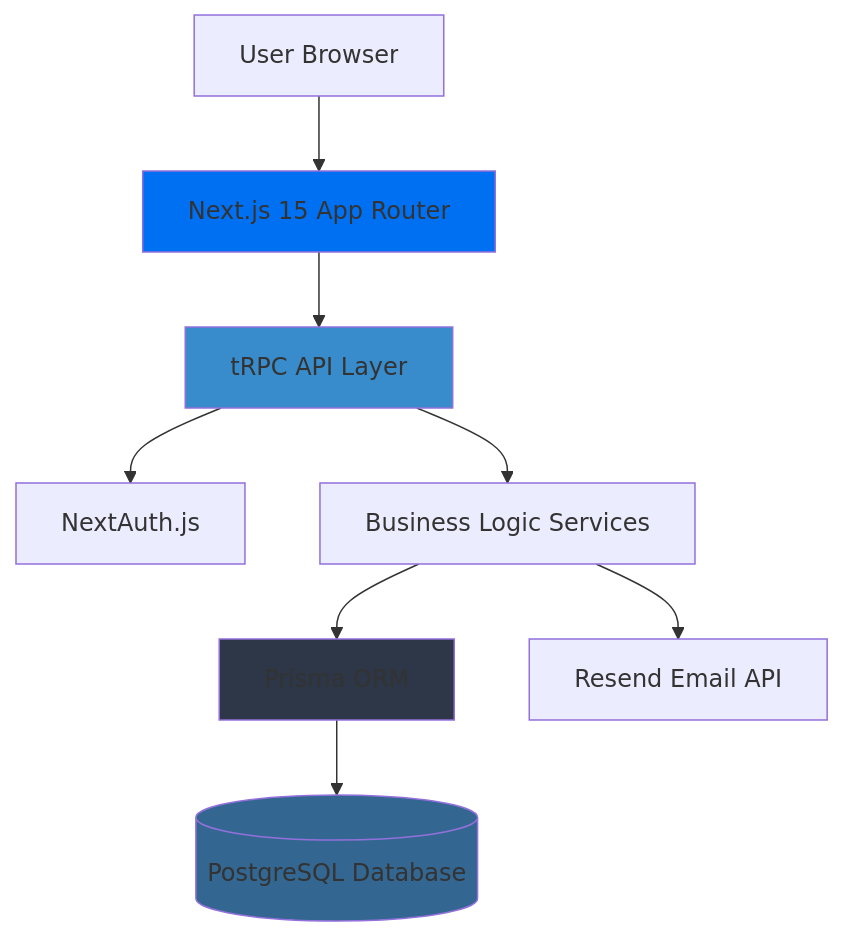
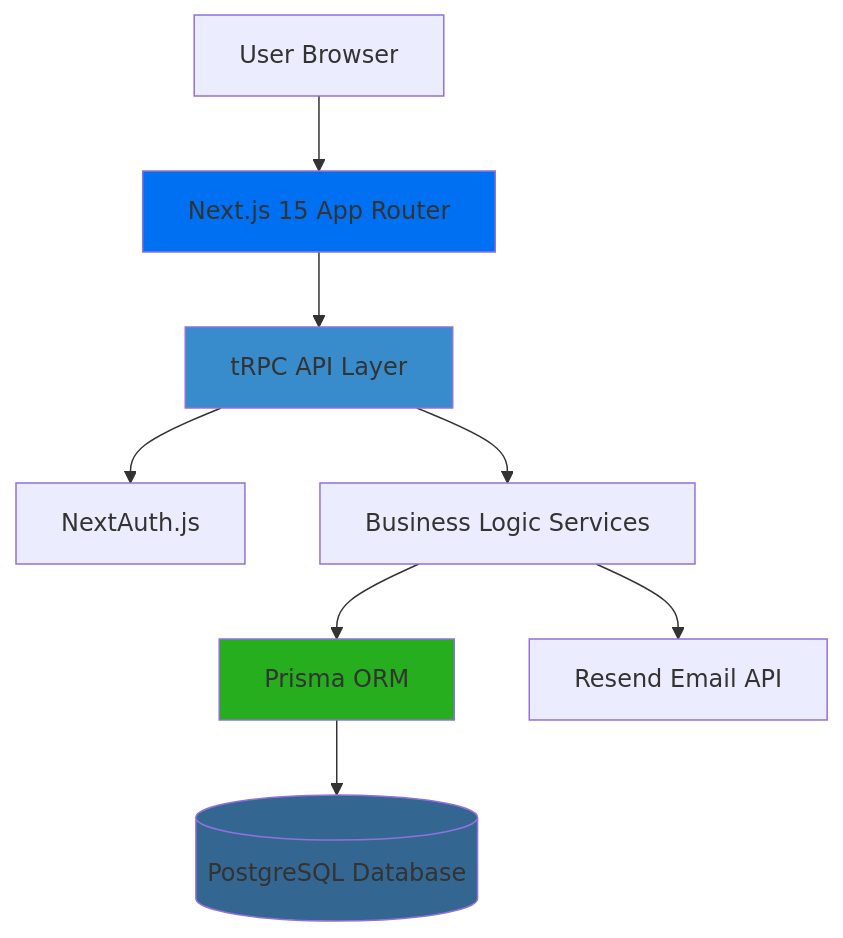
One commit to babblebey/events-ting changed the first of 2 diagrams in docs/README.md. Above: the diagram before and after it, drawn with Mermaid.

Commit message:
fix: Update Prisma style color in architecture diagram

````diff
--- a/docs/README.md
+++ b/docs/README.md
@@ -11,15 +11,15 @@
 ```mermaid
 graph TB
     User[User Browser] --> NextJS[Next.js 15 App Router]
     NextJS --> tRPC[tRPC API Layer]
     tRPC --> Auth[NextAuth.js]
     tRPC --> Services[Business Logic Services]
     Services --> Prisma[Prisma ORM]
     Prisma --> DB[(PostgreSQL Database)]
     Services --> Resend[Resend Email API]
     
     style NextJS fill:#0070f3
     style tRPC fill:#398ccb
-    style Prisma fill:#2d3748
+    style Prisma fill:#26ae1e
     style DB fill:#336791
 ```
````
